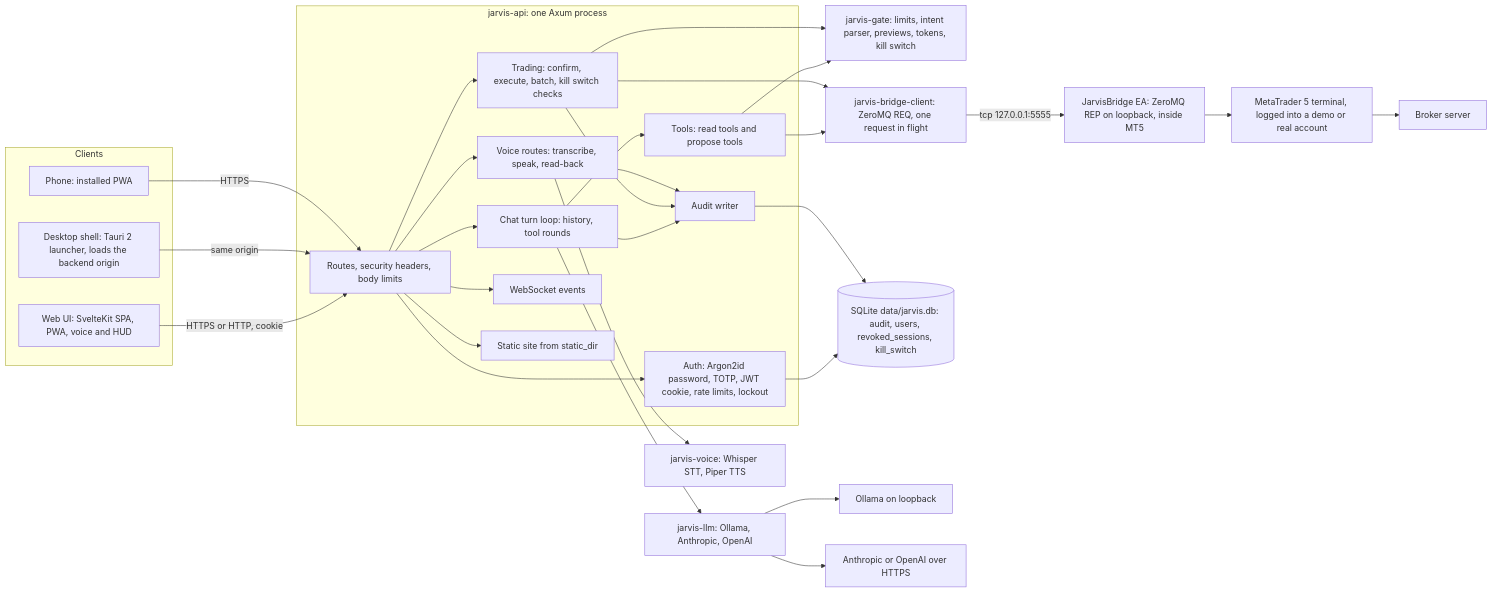
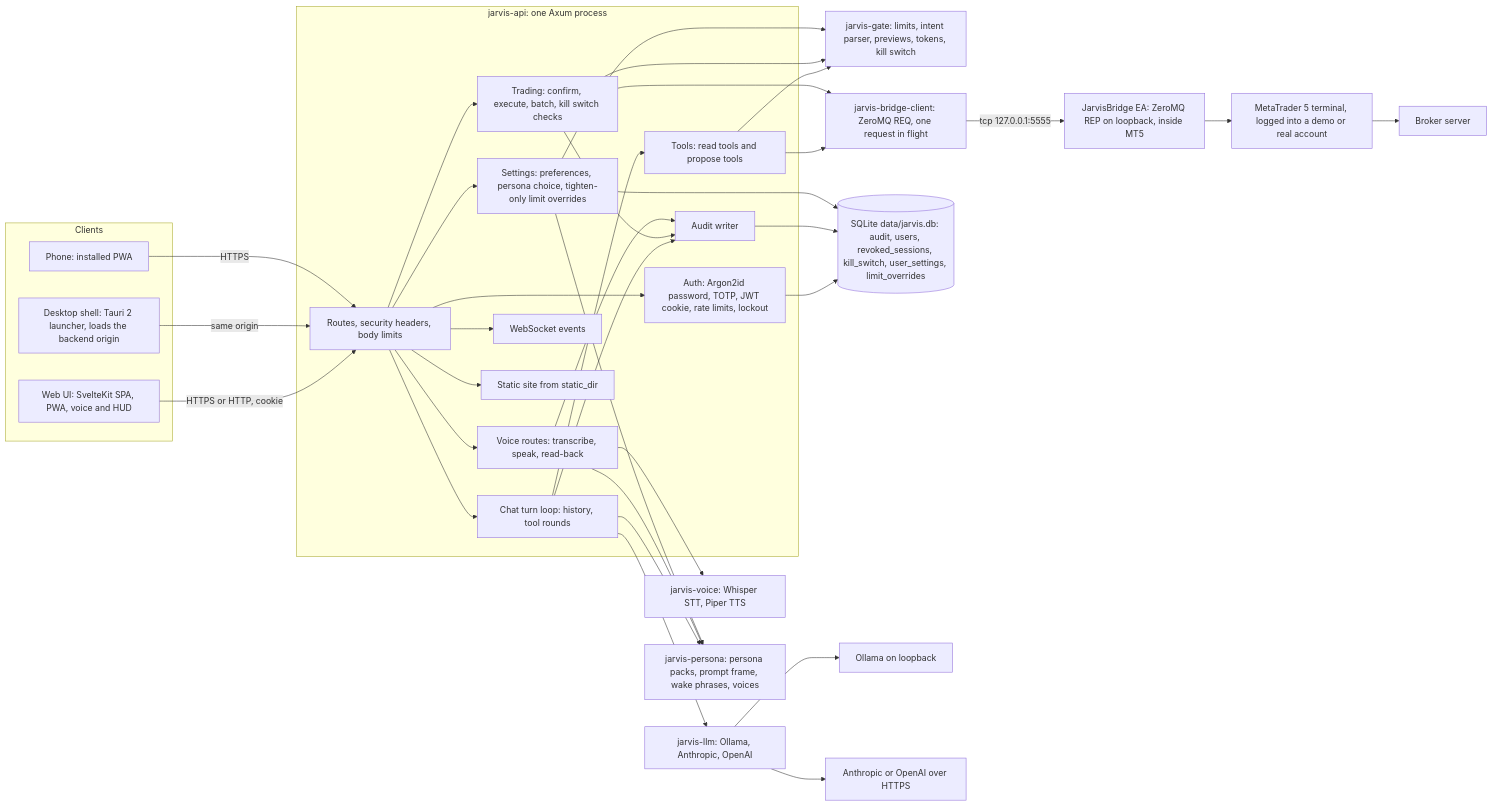
The first of 4 diagrams in docs/architecture.md (ninad-k/Jarvis-MT), drawn with Mermaid before and after one commit. The commit also changed other lines of this file and 18 other files, not shown here.

````diff
--- a/docs/architecture.md
+++ b/docs/architecture.md
@@ -13,58 +13,66 @@
 ```mermaid
 flowchart LR
   subgraph Clients
     WEB["Web UI: SvelteKit SPA, PWA, voice and HUD"]
     DESK["Desktop shell: Tauri 2 launcher, loads the backend origin"]
     PHONE["Phone: installed PWA"]
   end
 
   subgraph API["jarvis-api: one Axum process"]
     ROUTES["Routes, security headers, body limits"]
     AUTHM["Auth: Argon2id password, TOTP, JWT cookie, rate limits, lockout"]
     CHAT["Chat turn loop: history, tool rounds"]
     TOOLS["Tools: read tools and propose tools"]
     TRADE["Trading: confirm, execute, batch, kill switch checks"]
     VOICEM["Voice routes: transcribe, speak, read-back"]
     WSM["WebSocket events"]
     STATIC["Static site from static_dir"]
     AUDITW["Audit writer"]
+    SETTINGSM["Settings: preferences, persona choice, tighten-only limit overrides"]
   end
 
   GATE["jarvis-gate: limits, intent parser, previews, tokens, kill switch"]
   BRC["jarvis-bridge-client: ZeroMQ REQ, one request in flight"]
   LLMC["jarvis-llm: Ollama, Anthropic, OpenAI"]
   VOICEC["jarvis-voice: Whisper STT, Piper TTS"]
-  DB[("SQLite data/jarvis.db: audit, users, revoked_sessions, kill_switch")]
+  PERSONA["jarvis-persona: persona packs, prompt frame, wake phrases, voices"]
+  DB[("SQLite data/jarvis.db: audit, users, revoked_sessions, kill_switch, user_settings, limit_overrides")]
   OLLAMA["Ollama on loopback"]
   CLOUD["Anthropic or OpenAI over HTTPS"]
   EA["JarvisBridge EA: ZeroMQ REP on loopback, inside MT5"]
   MT5["MetaTrader 5 terminal, logged into a demo or real account"]
   BROKER["Broker server"]
 
   WEB -->|HTTPS or HTTP, cookie| ROUTES
   DESK -->|same origin| ROUTES
   PHONE -->|HTTPS| ROUTES
   ROUTES --> AUTHM
   ROUTES --> CHAT
   ROUTES --> TRADE
   ROUTES --> VOICEM
   ROUTES --> WSM
   ROUTES --> STATIC
   CHAT --> TOOLS
   CHAT --> LLMC
   TOOLS --> BRC
   TOOLS --> GATE
   TRADE --> GATE
   TRADE --> BRC
   VOICEM --> VOICEC
   LLMC --> OLLAMA
   LLMC --> CLOUD
   BRC -->|"tcp 127.0.0.1:5555"| EA
   EA --> MT5
   MT5 --> BROKER
   AUTHM --> DB
   AUDITW --> DB
   CHAT --> AUDITW
   TRADE --> AUDITW
   VOICEM --> AUDITW
+  ROUTES --> SETTINGSM
+  CHAT --> PERSONA
+  VOICEM --> PERSONA
+  SETTINGSM --> PERSONA
+  SETTINGSM --> GATE
+  SETTINGSM --> DB
 ```
````
